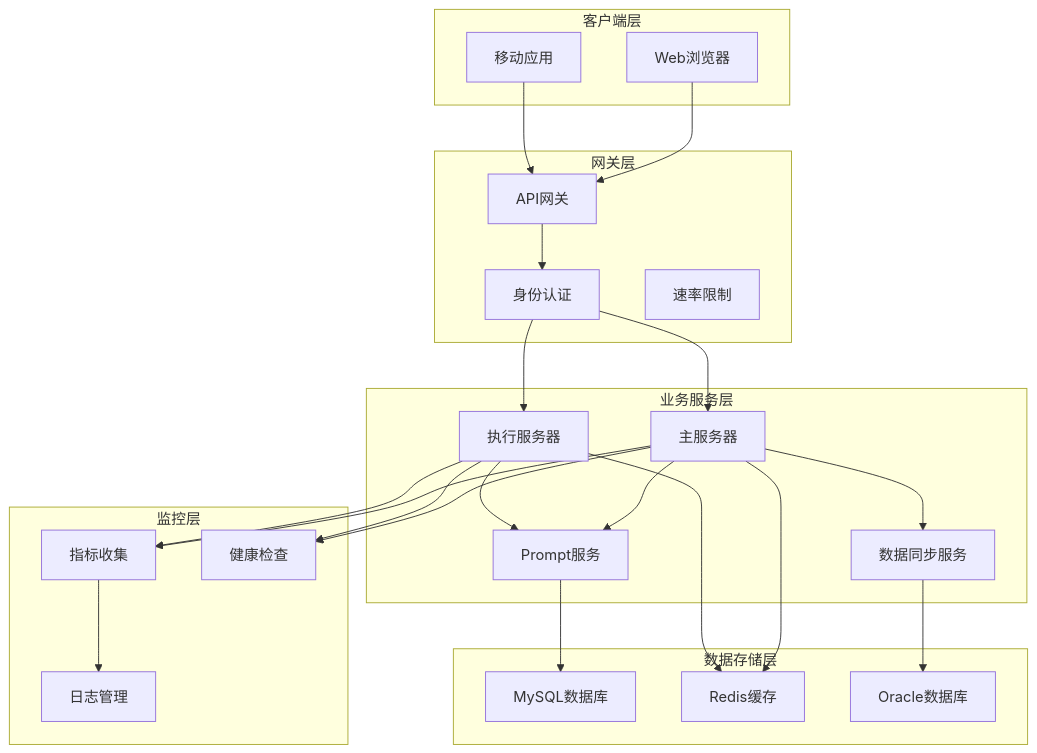
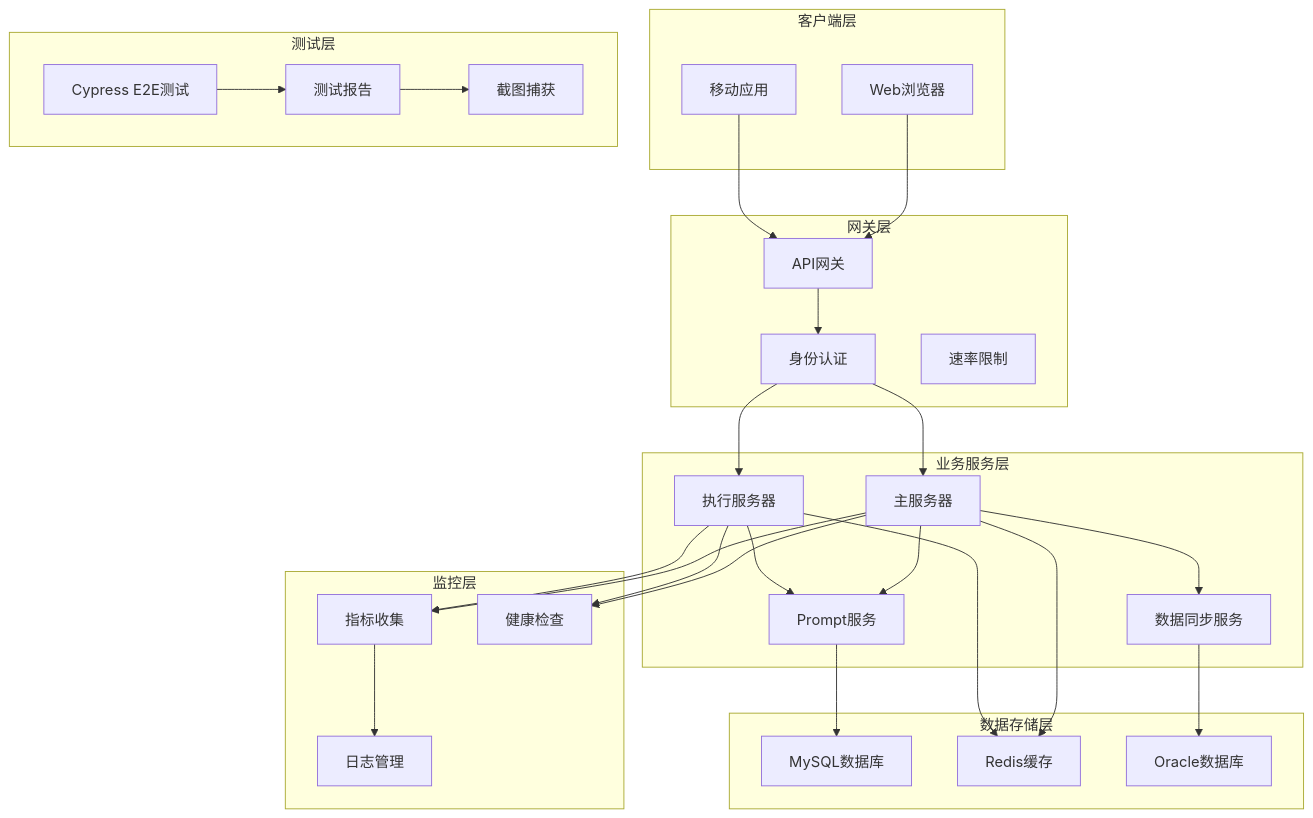
Before and after one commit to liuzh2008/med_ai_assistant_workspace: the fourth of 19 diagrams in .qoder/repowiki/zh/content/Development Environment Features.md, drawn with Mermaid. The commit also changed other lines of this file and 3 other files, not shown here.

````diff
--- a/.qoder/repowiki/zh/content/Development Environment Features.md
+++ b/.qoder/repowiki/zh/content/Development Environment Features.md
@@ -146,45 +172,52 @@
 ```mermaid
 graph TB
 subgraph "客户端层"
 WEB[Web浏览器]
 MOBILE[移动应用]
 end
 subgraph "网关层"
 API_GATEWAY[API网关]
 AUTHENTICATION[身份认证]
 RATE_LIMITING[速率限制]
 end
 subgraph "业务服务层"
 MAIN_SERVER[主服务器]
 EXECUTION_SERVER[执行服务器]
 PROMPT_SERVICE[Prompt服务]
 SYNC_SERVICE[数据同步服务]
 end
 subgraph "数据存储层"
 MYSQL[MySQL数据库]
 REDIS[Redis缓存]
 ORACLE[Oracle数据库]
 end
 subgraph "监控层"
 METRICS[指标收集]
 LOGGING[日志管理]
 HEALTH_CHECK[健康检查]
 end
+subgraph "测试层"
+CYPRESS_TESTS[Cypress E2E测试]
+TEST_REPORTS[测试报告]
+SCREENSHOT_CAPTURE[截图捕获]
+end
 WEB --> API_GATEWAY
 MOBILE --> API_GATEWAY
 API_GATEWAY --> AUTHENTICATION
 AUTHENTICATION --> MAIN_SERVER
 AUTHENTICATION --> EXECUTION_SERVER
 MAIN_SERVER --> PROMPT_SERVICE
 MAIN_SERVER --> SYNC_SERVICE
 EXECUTION_SERVER --> PROMPT_SERVICE
 PROMPT_SERVICE --> MYSQL
 SYNC_SERVICE --> ORACLE
 MAIN_SERVER --> REDIS
 EXECUTION_SERVER --> REDIS
 MAIN_SERVER --> METRICS
 EXECUTION_SERVER --> METRICS
 METRICS --> LOGGING
 MAIN_SERVER --> HEALTH_CHECK
 EXECUTION_SERVER --> HEALTH_CHECK
+CYPRESS_TESTS --> TEST_REPORTS
+TEST_REPORTS --> SCREENSHOT_CAPTURE
 ```
````
